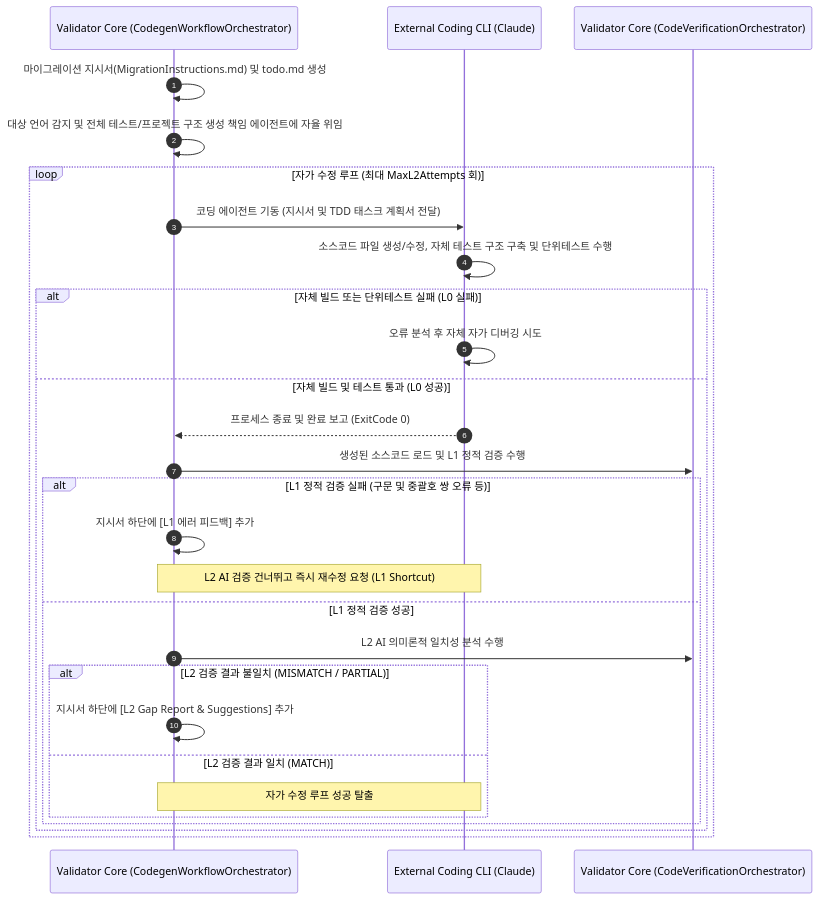
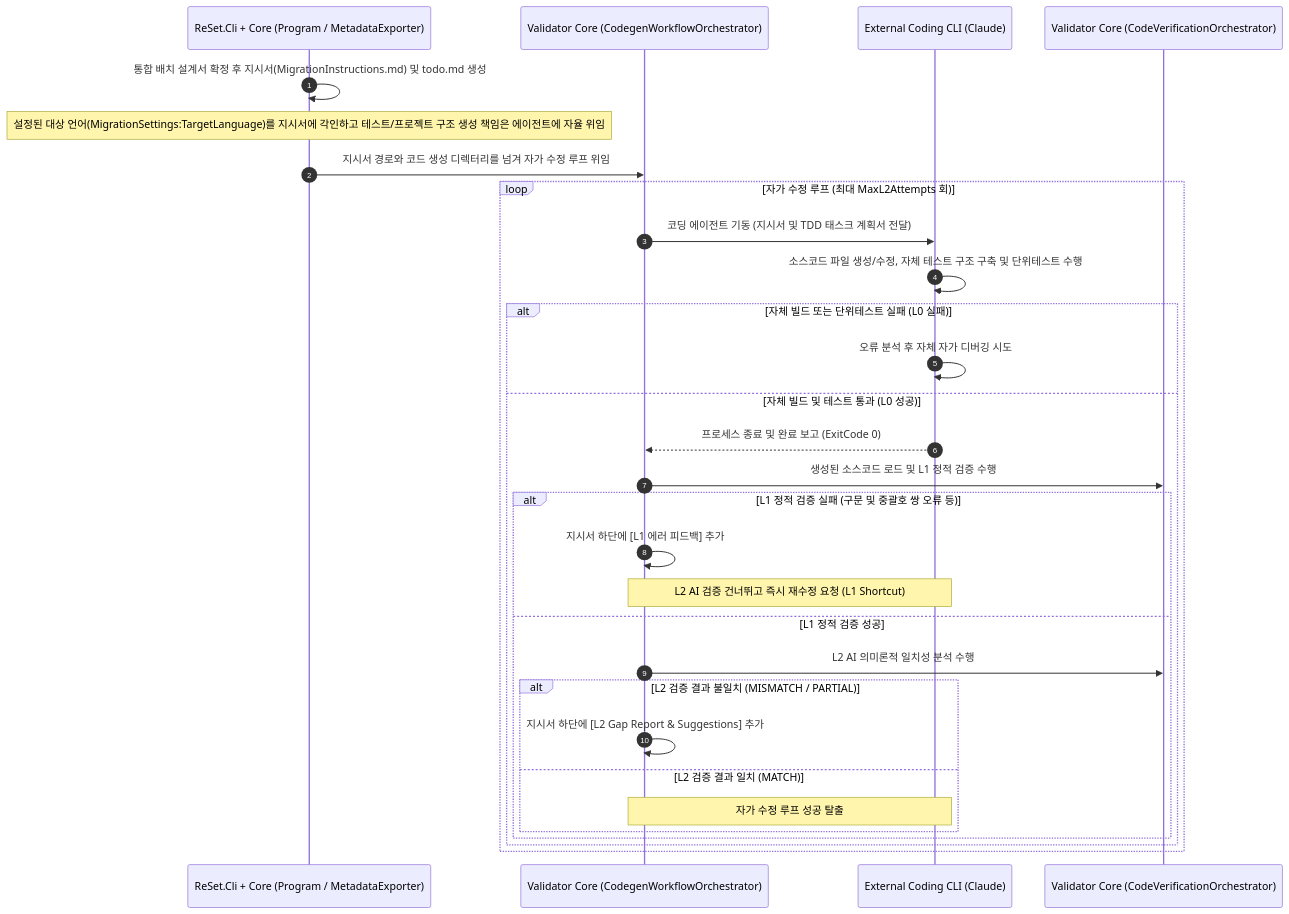
The third of 7 diagrams in docs/architecture.md (moondae815/ReSet), drawn with Mermaid before and after one commit.

Commit message:
docs: attribute the instruction bundle to its actual producer
3.3 시퀀스 다이어그램이 지시서 생성과 대상 언어 결정을 Validator Core
(CodegenWorkflowOrchestrator)의 자체 동작으로 그리고 있었다. 실제로는
MetadataExporter(ReSet.Core)가 만들고 ReSet.Cli/Program.cs가 호출하며,
오케스트레이터는 완성된 지시서 경로를 파라미터로 받는다 - 파일이 없으면
만들지 못하고 경고만 남긴다(CodegenWorkflowOrchestrator.cs:114).

대상 언어도 감지가 아니라 MigrationSettings:TargetLanguage 설정값이며
오케스트레이터에는 언어 파라미터 자체가 없다. 확장자 기반 자동 감지는
CodeVerificationOrchestrator가 L1 시점에 수행하는 별개 로직이다.

준비 단계 주체를 참여자로 추가하고 두 단계를 그쪽으로 옮겼다. 루프
본문(에이전트 기동, L1/L2 위임, 피드백 추가)은 정확하므로 유지한다.

````diff
--- a/docs/architecture.md
+++ b/docs/architecture.md
@@ -167,31 +167,33 @@
 ```mermaid
 sequenceDiagram
     autonumber
+    participant CLI as ReSet.Cli + Core (Program / MetadataExporter)
     participant RC as Validator Core (CodegenWorkflowOrchestrator)
     participant ECE as External Coding CLI (Claude)
     participant VAL as Validator Core (CodeVerificationOrchestrator)
 
-    RC->>RC: 마이그레이션 지시서(MigrationInstructions.md) 및 todo.md 생성
-    RC->>RC: 대상 언어 감지 및 전체 테스트/프로젝트 구조 생성 책임 에이전트에 자율 위임
+    CLI->>CLI: 통합 배치 설계서 확정 후 지시서(MigrationInstructions.md) 및 todo.md 생성
+    Note over CLI: 설정된 대상 언어(MigrationSettings:TargetLanguage)를 지시서에 각인하고 테스트/프로젝트 구조 생성 책임은 에이전트에 자율 위임
+    CLI->>RC: 지시서 경로와 코드 생성 디렉터리를 넘겨 자가 수정 루프 위임
     loop 자가 수정 루프 (최대 MaxL2Attempts 회)
         RC->>ECE: 코딩 에이전트 기동 (지시서 및 TDD 태스크 계획서 전달)
         ECE->>ECE: 소스코드 파일 생성/수정, 자체 테스트 구조 구축 및 단위테스트 수행
         alt 자체 빌드 또는 단위테스트 실패 (L0 실패)
             ECE->>ECE: 오류 분석 후 자체 자가 디버깅 시도
         else 자체 빌드 및 테스트 통과 (L0 성공)
             ECE-->>RC: 프로세스 종료 및 완료 보고 (ExitCode 0)
             RC->>VAL: 생성된 소스코드 로드 및 L1 정적 검증 수행
             alt L1 정적 검증 실패 (구문 및 중괄호 쌍 오류 등)
                 RC->>RC: 지시서 하단에 [L1 에러 피드백] 추가
                 Note over RC,ECE: L2 AI 검증 건너뛰고 즉시 재수정 요청 (L1 Shortcut)
             else L1 정적 검증 성공
                 RC->>VAL: L2 AI 의미론적 일치성 분석 수행
                 alt L2 검증 결과 불일치 (MISMATCH / PARTIAL)
                     RC->>RC: 지시서 하단에 [L2 Gap Report & Suggestions] 추가
                 else L2 검증 결과 일치 (MATCH)
                     Note over RC,ECE: 자가 수정 루프 성공 탈출
                 end
             end
         end
     end
 ```
````
